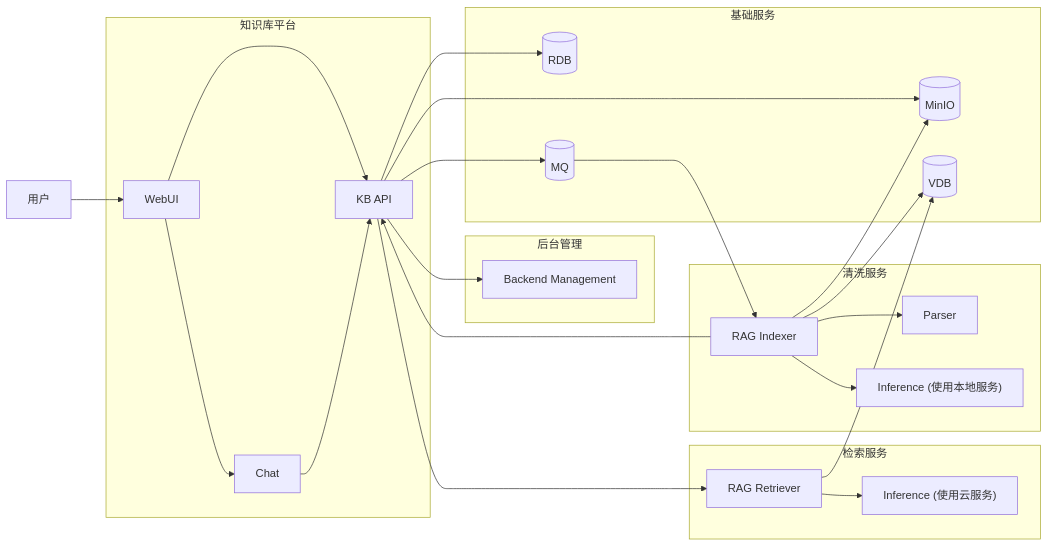
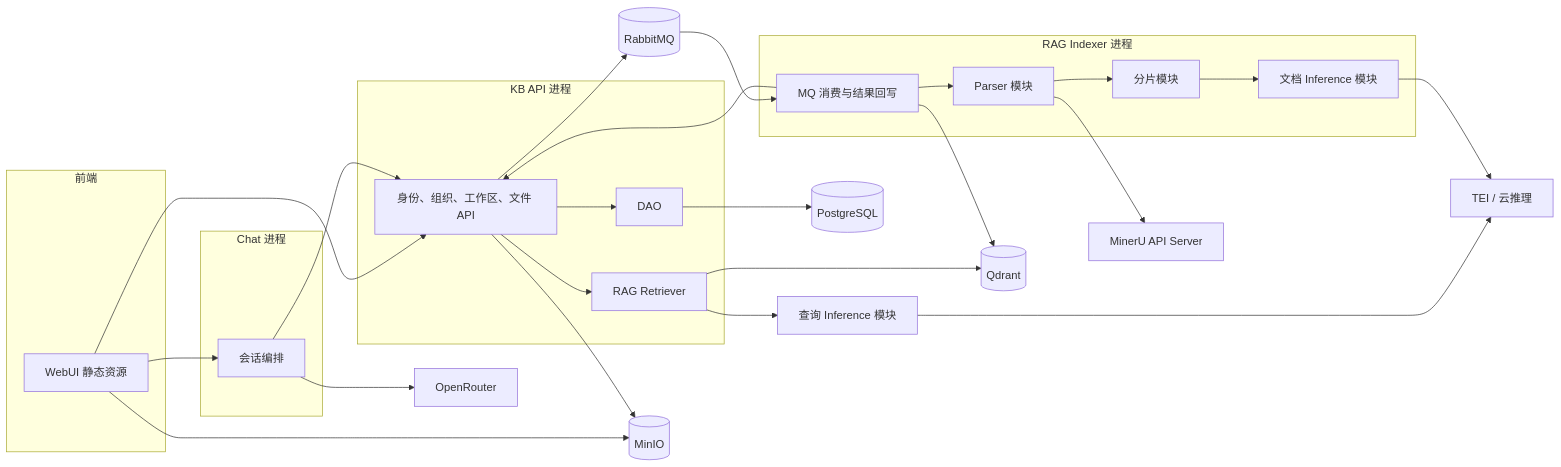
The first of 4 diagrams in docs/interaction-design.md (guobinqiu/kb), drawn with Mermaid before and after one commit. The commit also changed other lines of this file and 5 other files, not shown here.

Commit message:
Align Qdrant deployment and chat configuration docs

````diff
--- a/docs/interaction-design.md
+++ b/docs/interaction-design.md
@@ -5,48 +5,41 @@
 ```mermaid
 flowchart LR
-    User["用户"] --> WebUI["WebUI"]
-
-    subgraph Platform["知识库平台"]
-        KBAPI["KB API"]
-        Chat["Chat"]
-        WebUI --> KBAPI
-        WebUI --> Chat
-        Chat --> KBAPI
+    subgraph Frontend["前端"]
+        WebUI["WebUI 静态资源"]
     end
 
-    subgraph MgrGroup["后台管理"]
-        Mgr["Backend Management"]
+    subgraph KBProcess["KB API 进程"]
+        Routes["身份、组织、工作区、文件 API"]
+        Retriever["RAG Retriever"]
+        DAO["DAO"]
+        Routes --> Retriever
+        Routes --> DAO
     end
 
-    subgraph RetrieverGroup["检索服务"]
-        Retriever["RAG Retriever"]
-        QueryInference["Inference (使用云服务)"]
-        Retriever --> QueryInference
+    subgraph IndexerProcess["RAG Indexer 进程"]
+        Consumer["MQ 消费与结果回写"]
+        Parser["Parser 模块"]
+        Chunking["分片模块"]
+        DocumentInference["文档 Inference 模块"]
+        Consumer --> Parser --> Chunking --> DocumentInference
     end
 
-    subgraph Intranet["清洗服务"]
-        Indexer["RAG Indexer"]
-        Parser["Parser"]
-        DocumentInference["Inference (使用本地服务)"]
-        Indexer --> Parser
-        Indexer --> DocumentInference
+    subgraph ChatProcess["Chat 进程"]
+        Chat["会话编排"]
     end
 
-    subgraph Infrastructure["基础服务"]
-        RDB[(RDB)]
-        MinIO[(MinIO)]
-        MQ[(MQ)]
-        VDB[(VDB)]
-    end
-
-    KBAPI --> Mgr
-    KBAPI --> RDB
-    KBAPI --> MinIO
-    KBAPI --> MQ
-    KBAPI --> Retriever
-    Retriever --> VDB
-    MQ --> Indexer
-    Indexer --> KBAPI
-    Indexer --> MinIO
-    Indexer --> VDB
+    WebUI --> Routes
+    WebUI --> Chat
+    Chat --> Routes
+    Chat --> LLM["OpenRouter"]
+    Routes --> MQ[(RabbitMQ)] --> Consumer
+    Consumer --> Routes
+    Routes --> MinIO[(MinIO)]
+    WebUI --> MinIO
+    DAO --> RDB[(PostgreSQL)]
+    Retriever --> VDB[(Qdrant)]
+    Retriever --> QueryInference["查询 Inference 模块"] --> TEI["TEI / 云推理"]
+    Parser --> MinerU["MinerU API Server"]
+    DocumentInference --> TEI
+    Consumer --> VDB
 ```
````
